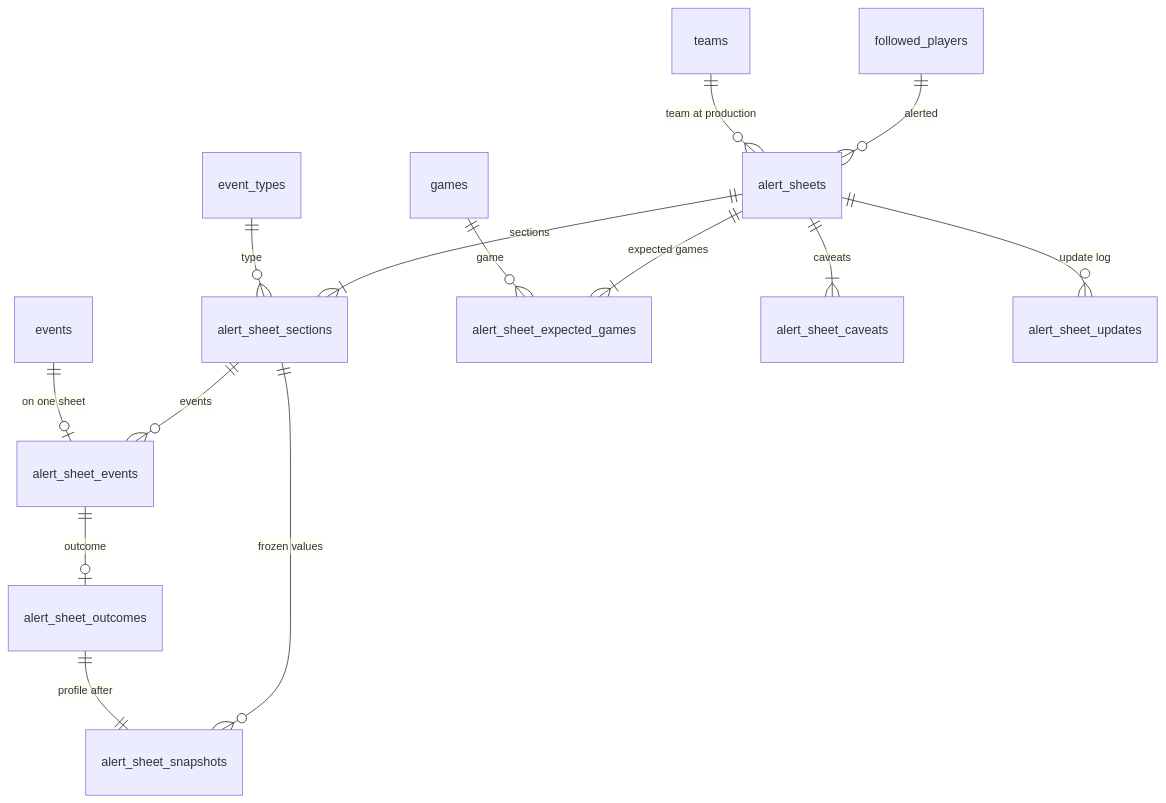
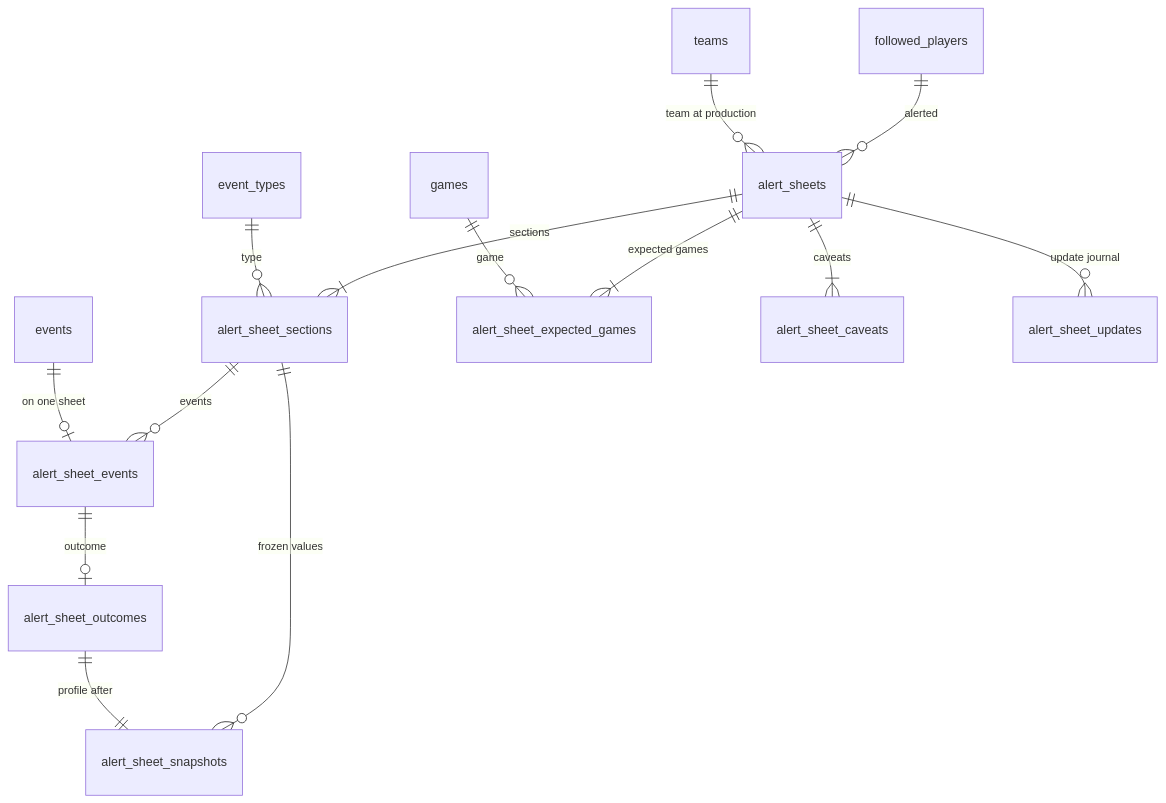
One commit to youtix/egoscope changed the diagram in docs/engineering/domain-model/alert-sheets.md. Above: the diagram before and after it, drawn with Mermaid. The commit also changed other lines of this file and 42 other files, not shown here.

````diff
--- a/docs/engineering/domain-model/alert-sheets.md
+++ b/docs/engineering/domain-model/alert-sheets.md
@@ -327,16 +327,16 @@
 ```mermaid
 erDiagram
   followed_players ||--o{ alert_sheets : "alerted"
   teams ||--o{ alert_sheets : "team at production"
   alert_sheets ||--|{ alert_sheet_sections : "sections"
   event_types ||--o{ alert_sheet_sections : "type"
   alert_sheet_sections ||--o{ alert_sheet_snapshots : "frozen values"
   alert_sheet_sections ||--o{ alert_sheet_events : "events"
   events ||--o| alert_sheet_events : "on one sheet"
   alert_sheets ||--|{ alert_sheet_expected_games : "expected games"
   games ||--o{ alert_sheet_expected_games : "game"
   alert_sheets ||--|{ alert_sheet_caveats : "caveats"
-  alert_sheets ||--o{ alert_sheet_updates : "update log"
+  alert_sheets ||--o{ alert_sheet_updates : "update journal"
   alert_sheet_events ||--o| alert_sheet_outcomes : "outcome"
   alert_sheet_outcomes ||--|| alert_sheet_snapshots : "profile after"
 ```
````
